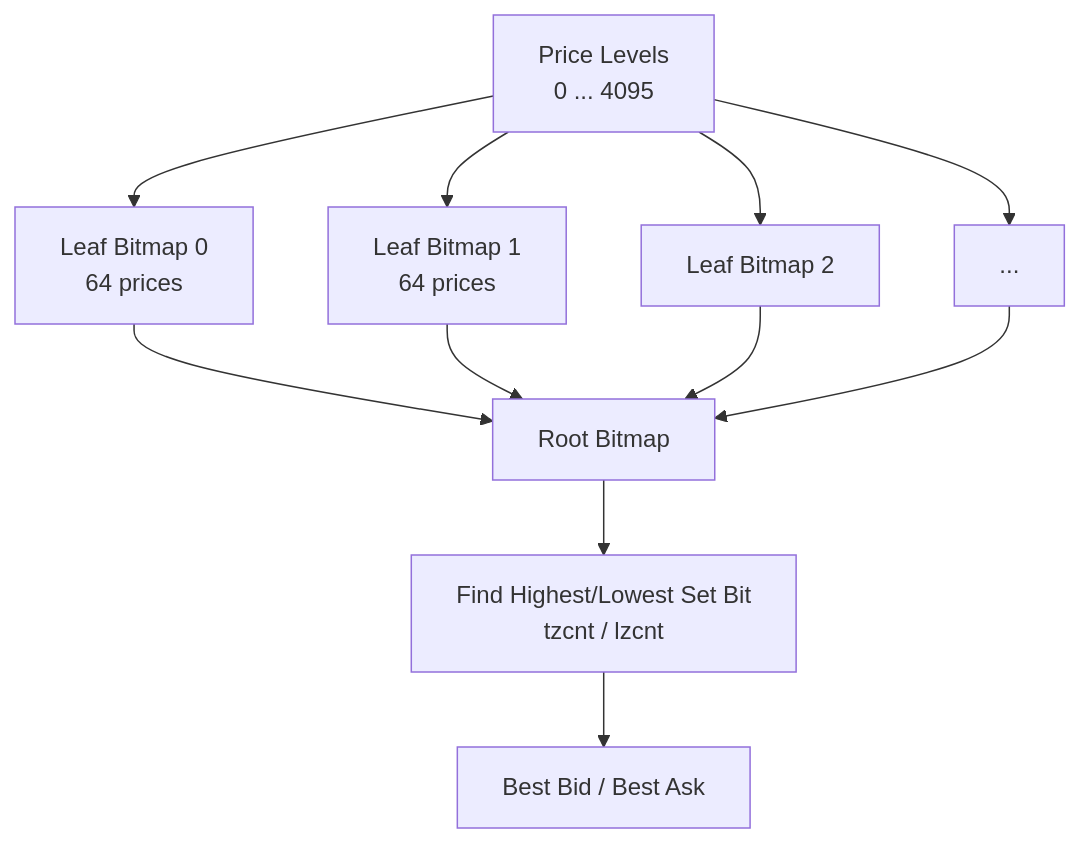
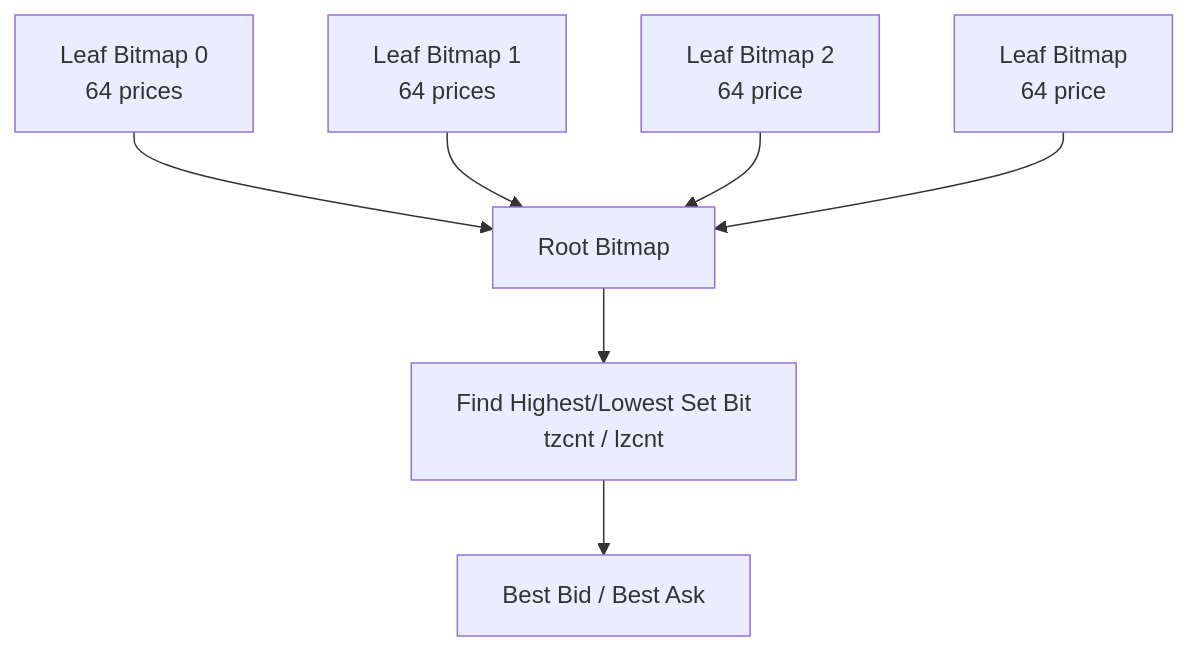
Before and after one commit to harshal24-chavan/Market-Core: the second of 2 diagrams in README.md, drawn with Mermaid. The commit also changed other lines of this file, not shown here.

````diff
--- a/README.md
+++ b/README.md
@@ -95,30 +127,26 @@
 ```mermaid
 flowchart TD
 
-    A["Price Levels<br/>0 ... 4095"]
+
 
     B1["Leaf Bitmap 0<br/>64 prices"]
     B2["Leaf Bitmap 1<br/>64 prices"]
-    B3["Leaf Bitmap 2"]
-    B4["..."]
+    B3["Leaf Bitmap 2<br/>64 price"]
+    B4["Leaf Bitmap <br/>64 price"]
 
-    A --> B1
-    A --> B2
-    A --> B3
-    A --> B4
 
     C["Root Bitmap"]
 
     B1 --> C
     B2 --> C
     B3 --> C
     B4 --> C
 
     D["Find Highest/Lowest Set Bit<br/>tzcnt / lzcnt"]
 
     C --> D
 
     E["Best Bid / Best Ask"]
 
     D --> E
 ```
````
